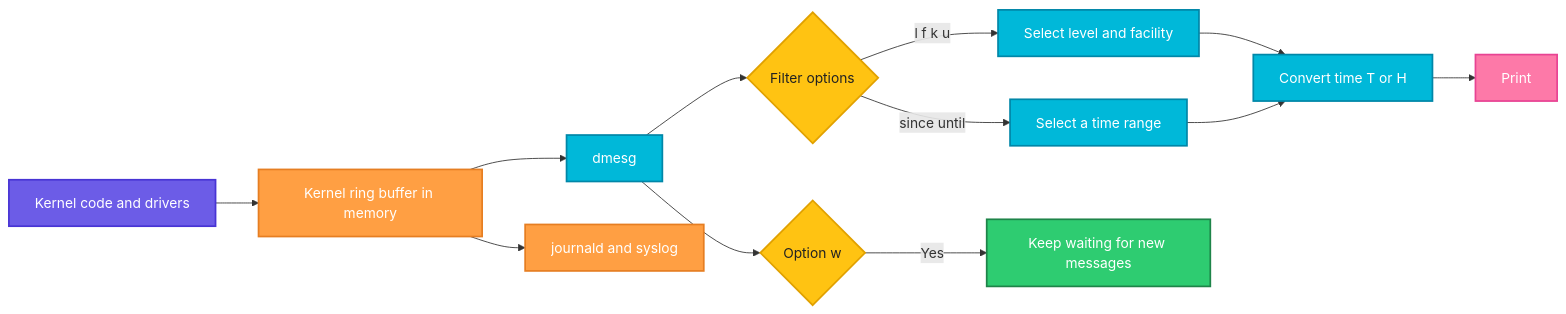
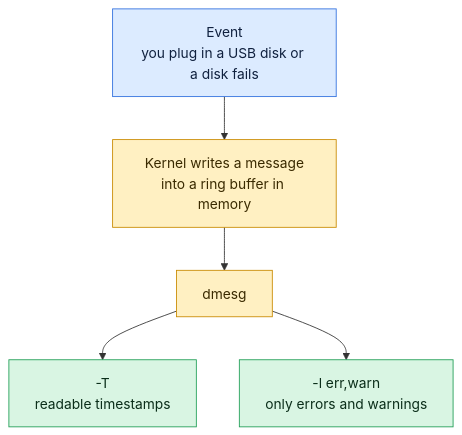
Before and after one commit to codeKerdosTech/DevOps-Documentation: the diagram in linux/system-info/dmesg.md, drawn with Mermaid. The commit also changed other lines of this file and 165 other files, not shown here.

Commit message:
updated diagrams in linux

````diff
--- a/linux/system-info/dmesg.md
+++ b/linux/system-info/dmesg.md
@@ -34,28 +34,15 @@
 ```mermaid
-flowchart LR
-    A[Kernel code and drivers] --> B[Kernel ring buffer in memory]
-    B --> C[dmesg]
-    B --> D[journald and syslog]
-    C --> E{Filter options}
-    E -->|l f k u| F[Select level and facility]
-    E -->|since until| G[Select a time range]
-    F --> H[Convert time T or H]
-    G --> H
-    H --> I[Print]
-    C --> J{Option w}
-    J -->|Yes| K[Keep waiting for new messages]
-    classDef start fill:#6C5CE7,stroke:#4834D4,stroke-width:2px,color:#fff
-    classDef proc fill:#00B8D9,stroke:#0087A8,stroke-width:2px,color:#fff
-    classDef dec fill:#FFC312,stroke:#E1A100,stroke-width:2px,color:#222
-    classDef ok fill:#2ECC71,stroke:#1E8449,stroke-width:2px,color:#fff
-    classDef err fill:#FF4757,stroke:#C0392B,stroke-width:2px,color:#fff
-    classDef out fill:#FD79A8,stroke:#E84393,stroke-width:2px,color:#fff
-    classDef alt fill:#FF9F43,stroke:#E67E22,stroke-width:2px,color:#fff
-    class A start
-    class B alt
-    class C,F,G,H proc
-    class D alt
-    class E,J dec
-    class I out
-    class K ok
+flowchart TD
+    i1[Event<br/>you plug in a USB disk or a disk fails] --> c1[Kernel writes a message<br/>into a ring buffer in memory]
+    c1 --> c2[dmesg]
+    c2 --> o1[-T<br/>readable timestamps]
+    c2 --> o2[-l err,warn<br/>only errors and warnings]
+    classDef inp fill:#DCEBFF,stroke:#2F6FDE,color:#10213F
+    classDef cmd fill:#FFF0C2,stroke:#C98A00,color:#3A2A00
+    classDef out fill:#D9F5E3,stroke:#1F9D55,color:#0B2E1A
+    classDef bad fill:#FDE0E0,stroke:#D13B3B,color:#4A0F0F
+    classDef note fill:#ECEFF3,stroke:#7B8794,color:#1F2933
+    class i1 inp
+    class c1,c2 cmd
+    class o1,o2 out
 ```
````
